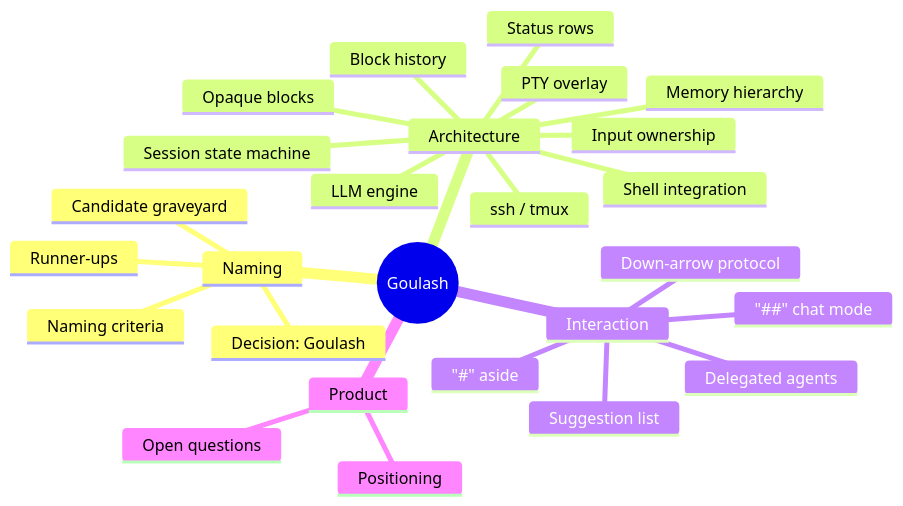
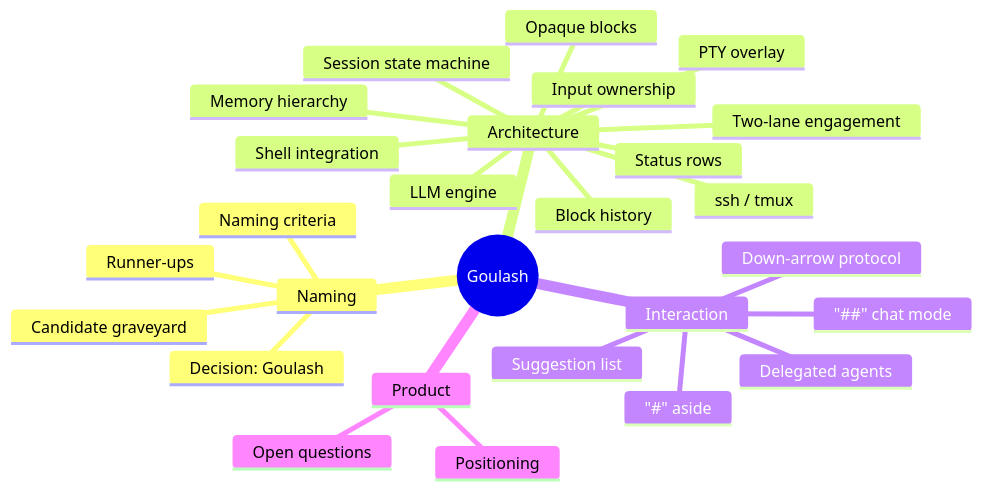
The diagram in wiki/home.md (chaboud/goulash), drawn with Mermaid before and after one commit. The commit also changed other lines of this file and 3 other files, not shown here.

First line of the commit message:
Wiki: two-lane engagement design

````diff
--- a/wiki/home.md
+++ b/wiki/home.md
@@ -16,29 +16,30 @@
 ```mermaid
 mindmap
   root((Goulash))
     Naming
       Decision: Goulash
       Runner-ups
       Candidate graveyard
       Naming criteria
     Architecture
       PTY overlay
       Input ownership
       Session state machine
       Shell integration
       Block history
       Memory hierarchy
       LLM engine
+      Two-lane engagement
       Status rows
       Opaque blocks
       ssh / tmux
     Interaction
       "#" aside
       "##" chat mode
       Suggestion list
       Down-arrow protocol
       Delegated agents
     Product
       Positioning
       Open questions
 ```
````
